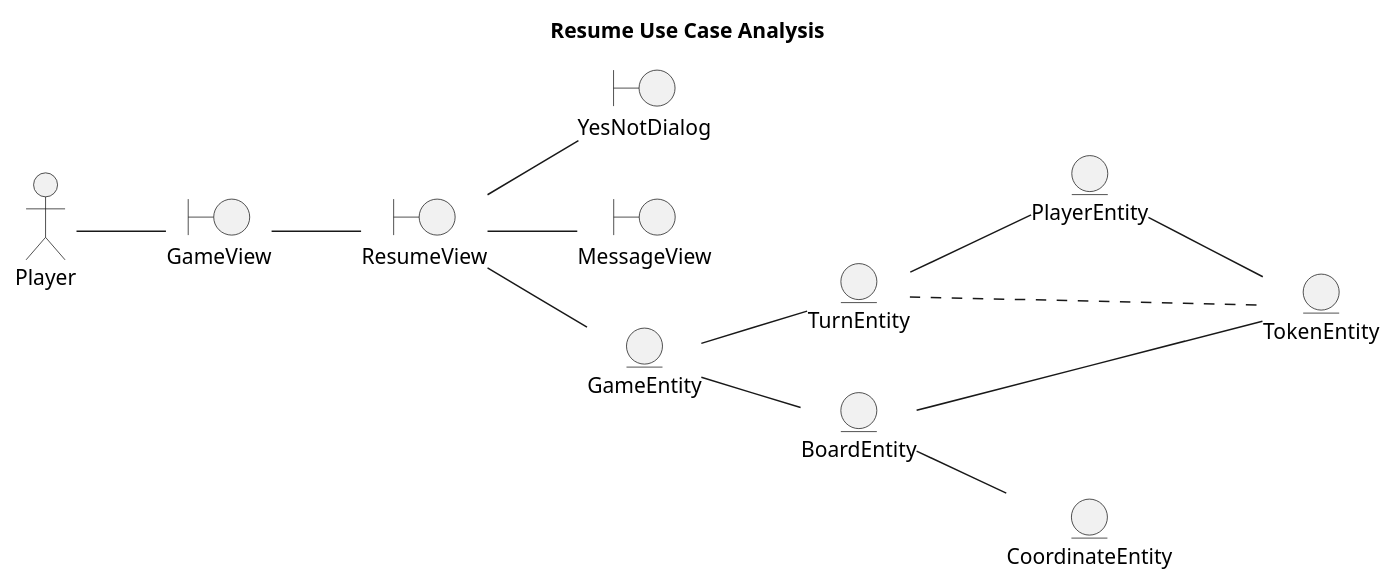
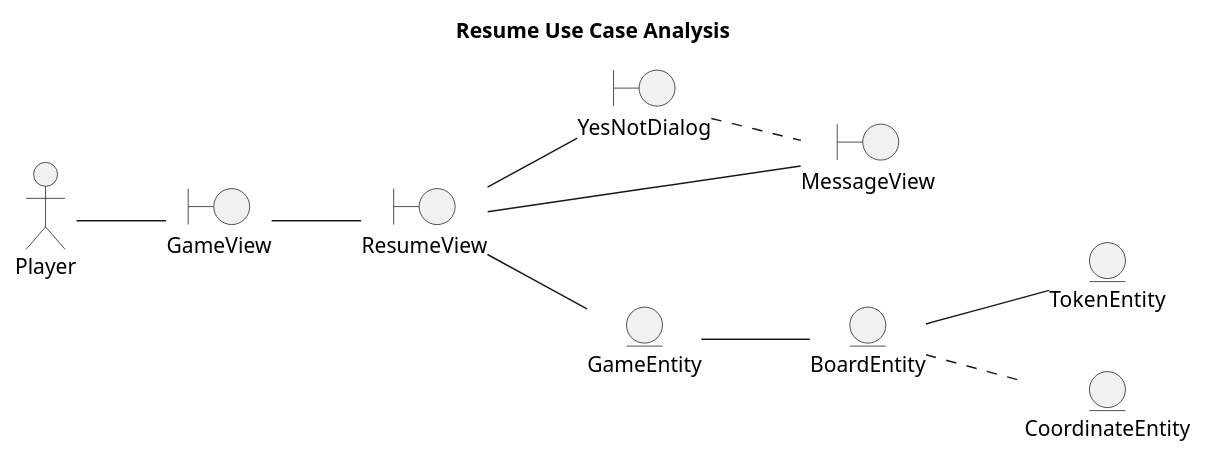
Before and after one commit to franpaulinoinfante/MasterSoftwareDevelopment: the third of 3 diagrams in src/Connect4/DocumentView/Basic/Docs/USeCasesAnalysis.plantuml, drawn with PlantUML. The commit also changed other lines of this file and 99 other files, not shown here.

```diff
--- a/src/Connect4/DocumentView/Basic/Docs/USeCasesAnalysis.plantuml
+++ b/src/Connect4/DocumentView/Basic/Docs/USeCasesAnalysis.plantuml
@@ -76,34 +100,28 @@
 @startuml ResumeUseCaseAnalysis
 left to right direction
 title Resume Use Case Analysis
 
 actor Player
 boundary GameView
 boundary ResumeView
 boundary YesNotDialog
 boundary MessageView
 
 entity GameEntity
-entity TurnEntity
 entity BoardEntity
-entity PlayerEntity
 entity TokenEntity
 entity CoordinateEntity
 
 Player -- GameView
 GameView -- ResumeView
 ResumeView -- MessageView
 ResumeView -- YesNotDialog
 ResumeView -- GameEntity
 
-GameEntity -- TurnEntity
+YesNotDialog .. MessageView
+
 GameEntity -- BoardEntity
 
 BoardEntity -- TokenEntity
-BoardEntity -- CoordinateEntity
-
-TurnEntity .. TokenEntity
-TurnEntity -- PlayerEntity
-
-PlayerEntity -- TokenEntity
+BoardEntity .. CoordinateEntity
 @enduml
```
